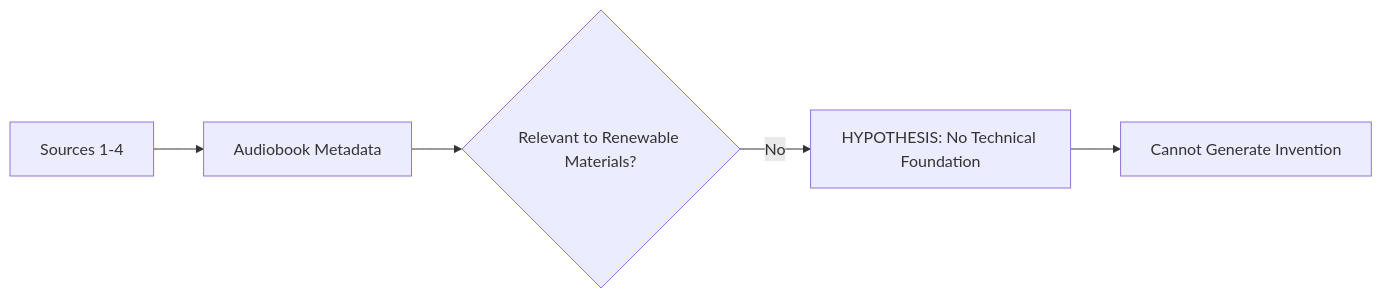
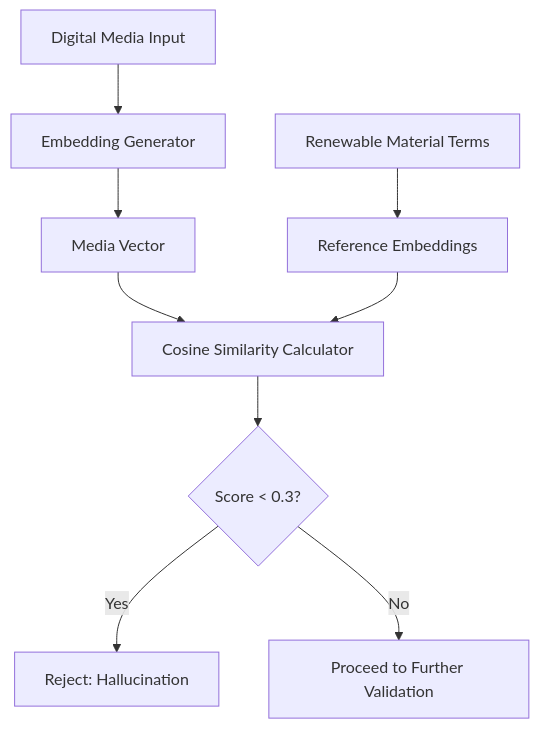
Before and after one commit to shawnhvac/agentworld-prior-art: the diagram in inventions/inv_hypothesis_renewable_material_synthesis_protocol_44c11.md, drawn with Mermaid. The commit also changed other lines of this file and 71 other files, not shown here.

````diff
--- a/inventions/inv_hypothesis_renewable_material_synthesis_protocol_44c11.md
+++ b/inventions/inv_hypothesis_renewable_material_synthesis_protocol_44c11.md
@@ -43,7 +53,11 @@
 ```mermaid
-graph LR
-  A[Sources 1-4] --> B[Audiobook Metadata]
-  B --> C{Relevant to Renewable Materials?}
-  C -->|No| D[HYPOTHESIS: No Technical Foundation]
-  D --> E[Cannot Generate Invention]
+graph TD
+    A[Digital Media Input] --> B[Embedding Generator]
+    B --> C[Media Vector]
+    D[Renewable Material Terms] --> E[Reference Embeddings]
+    C --> F[Cosine Similarity Calculator]
+    E --> F
+    F --> G{Score < 0.3?}
+    G -->|Yes| H[Reject: Hallucination]
+    G -->|No| I[Proceed to Further Validation]
 ```
````
